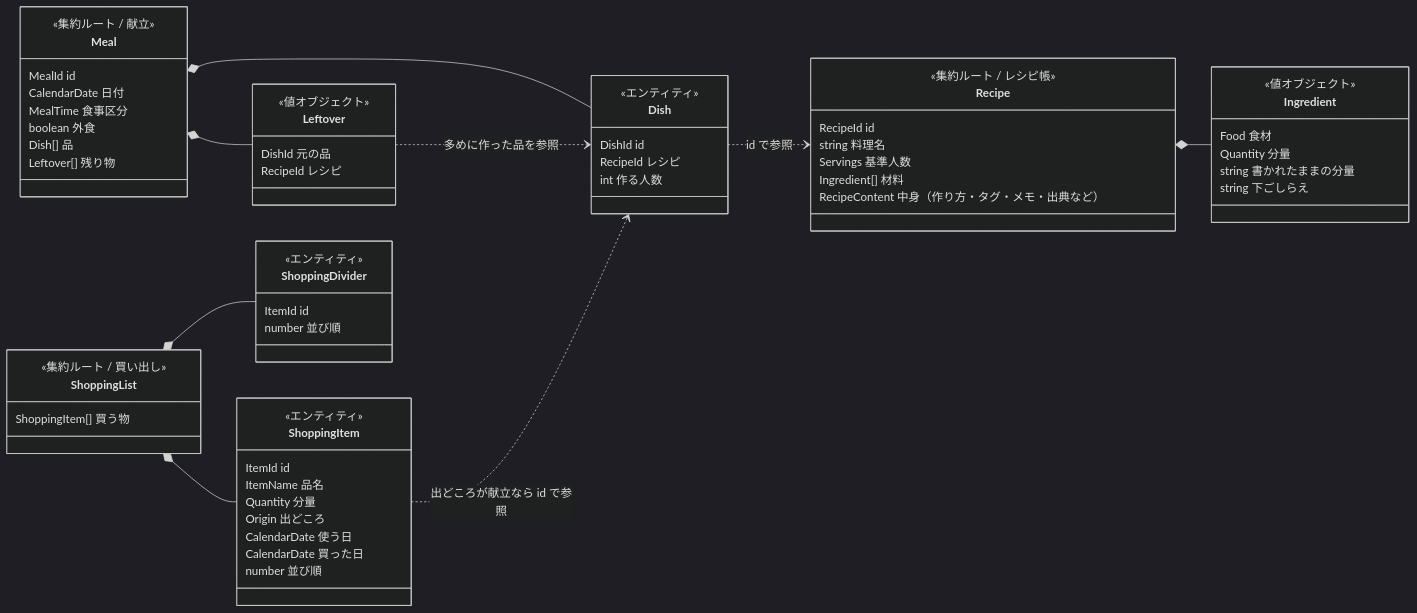
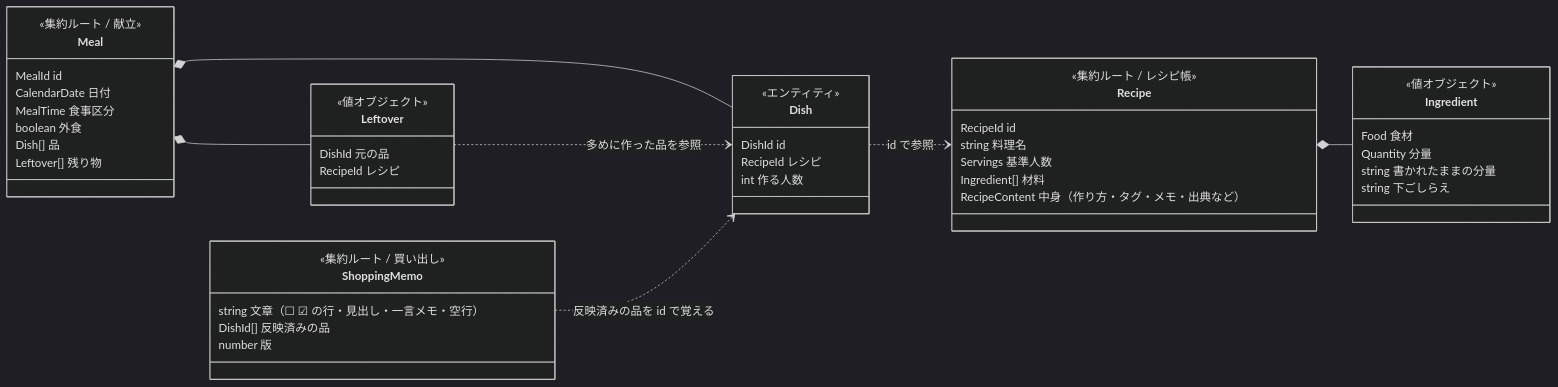
The diagram in docs/domain/domain-model.md (masaya722/cook-share), drawn with Mermaid (dark theme) before and after one commit. The commit also changed other lines of this file and 25 other files, not shown here.

````diff
--- a/docs/domain/domain-model.md
+++ b/docs/domain/domain-model.md
@@ -8,66 +8,51 @@
 ```mermaid
 classDiagram
   direction LR
   class Recipe {
     <<集約ルート / レシピ帳>>
     RecipeId id
     string 料理名
     Servings 基準人数
     Ingredient[] 材料
     RecipeContent 中身（作り方・タグ・メモ・出典など）
   }
   class Ingredient {
     <<値オブジェクト>>
     Food 食材
     Quantity 分量
     string 書かれたままの分量
     string 下ごしらえ
   }
   class Meal {
     <<集約ルート / 献立>>
     MealId id
     CalendarDate 日付
     MealTime 食事区分
     boolean 外食
     Dish[] 品
     Leftover[] 残り物
   }
   class Dish {
     <<エンティティ>>
     DishId id
     RecipeId レシピ
     int 作る人数
   }
   class Leftover {
     <<値オブジェクト>>
     DishId 元の品
     RecipeId レシピ
   }
-  class ShoppingList {
+  class ShoppingMemo {
     <<集約ルート / 買い出し>>
-    ShoppingItem[] 買う物
-  }
-  class ShoppingItem {
-    <<エンティティ>>
-    ItemId id
-    ItemName 品名
-    Quantity 分量
-    Origin 出どころ
-    CalendarDate 使う日
-    CalendarDate 買った日
-    number 並び順
-  }
-  class ShoppingDivider {
-    <<エンティティ>>
-    ItemId id
-    number 並び順
+    string 文章（☐ ☑ の行・見出し・一言メモ・空行）
+    DishId[] 反映済みの品
+    number 版
   }
   Recipe *-- Ingredient
   Meal *-- Dish
   Meal *-- Leftover
   Leftover ..> Dish : 多めに作った品を参照
   Dish ..> Recipe : id で参照
-  ShoppingList *-- ShoppingItem
-  ShoppingList *-- ShoppingDivider
-  ShoppingItem ..> Dish : 出どころが献立なら id で参照
+  ShoppingMemo ..> Dish : 反映済みの品を id で覚える
 ```
````
